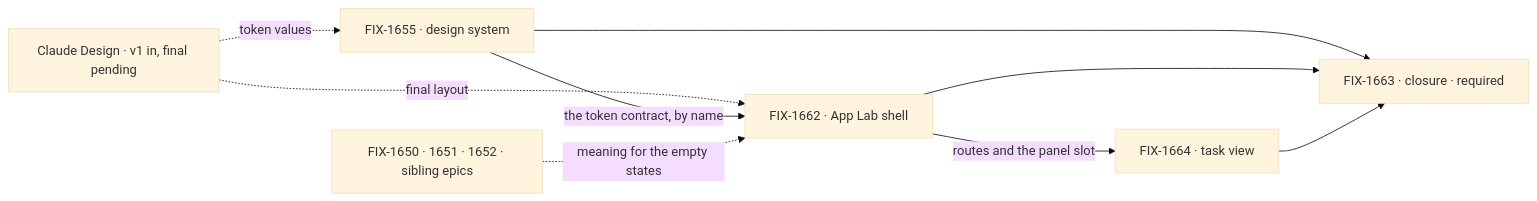
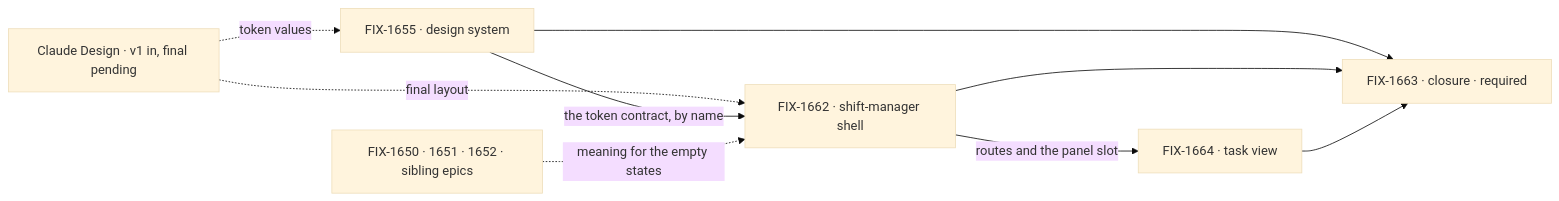
Before and after one commit to fixpoint-labs/flow-state-dev: the second of 2 diagrams in specs/epics/FIX-1649/SPEC.md, drawn with Mermaid (base theme). The commit also changed other lines of this file and 383 other files, not shown here.

First line of the commit message:
refactor: rename app-lab to shift-manager (FIX-1706)

````diff
--- a/specs/epics/FIX-1649/SPEC.md
+++ b/specs/epics/FIX-1649/SPEC.md
@@ -88,11 +88,11 @@
 ```mermaid
 flowchart LR
   H["Claude Design · v1 in, final pending"] -.->|"token values"| A["FIX-1655 · design system"]
-  H -.->|"final layout"| B["FIX-1662 · App Lab shell"]
+  H -.->|"final layout"| B["FIX-1662 · shift-manager shell"]
   A -->|"the token contract, by name"| B
   B -->|"routes and the panel slot"| C["FIX-1664 · task view"]
   A --> Z["FIX-1663 · closure · required"]
   B --> Z
   C --> Z
   S["FIX-1650 · 1651 · 1652 · sibling epics"] -.->|"meaning for the empty states"| B
 ```
````
